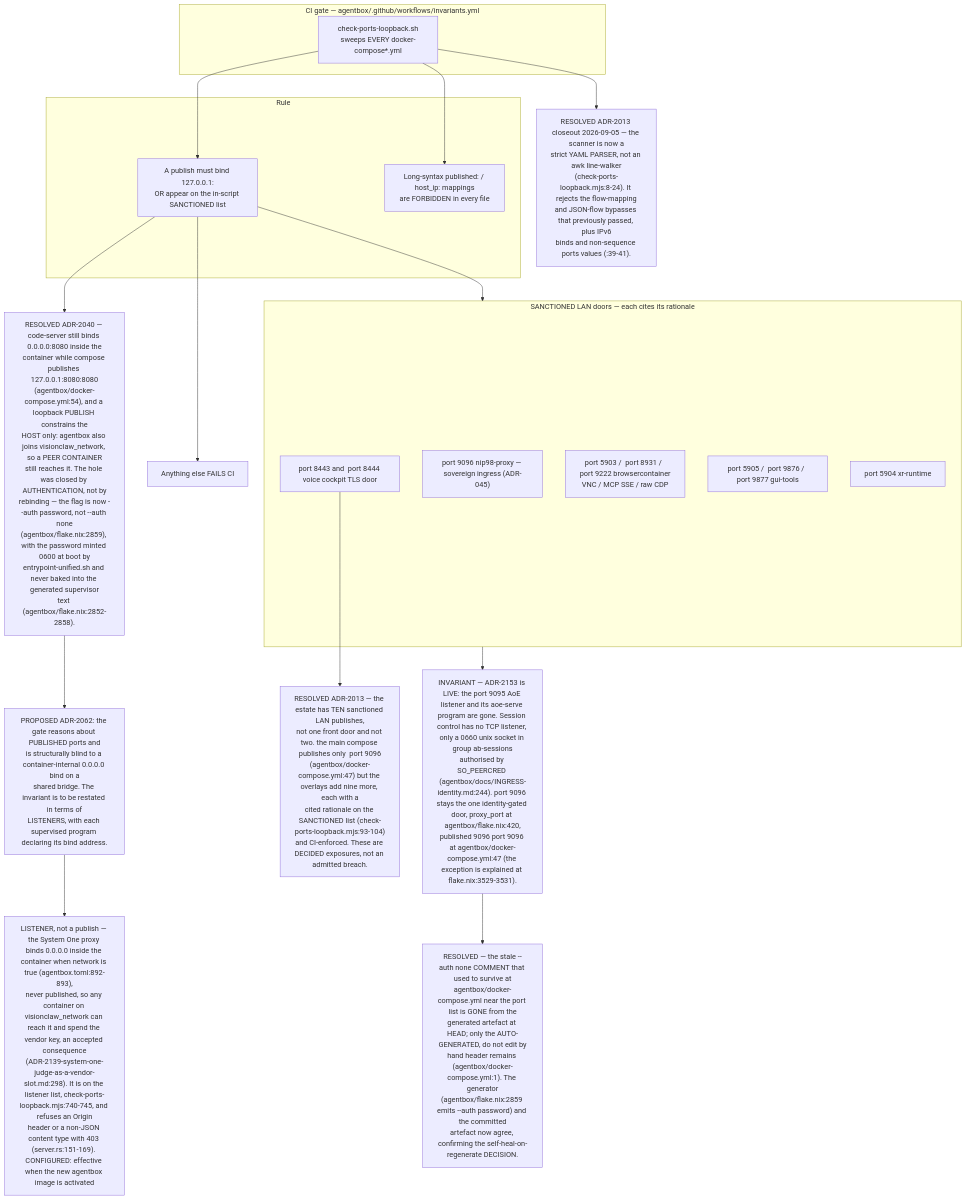
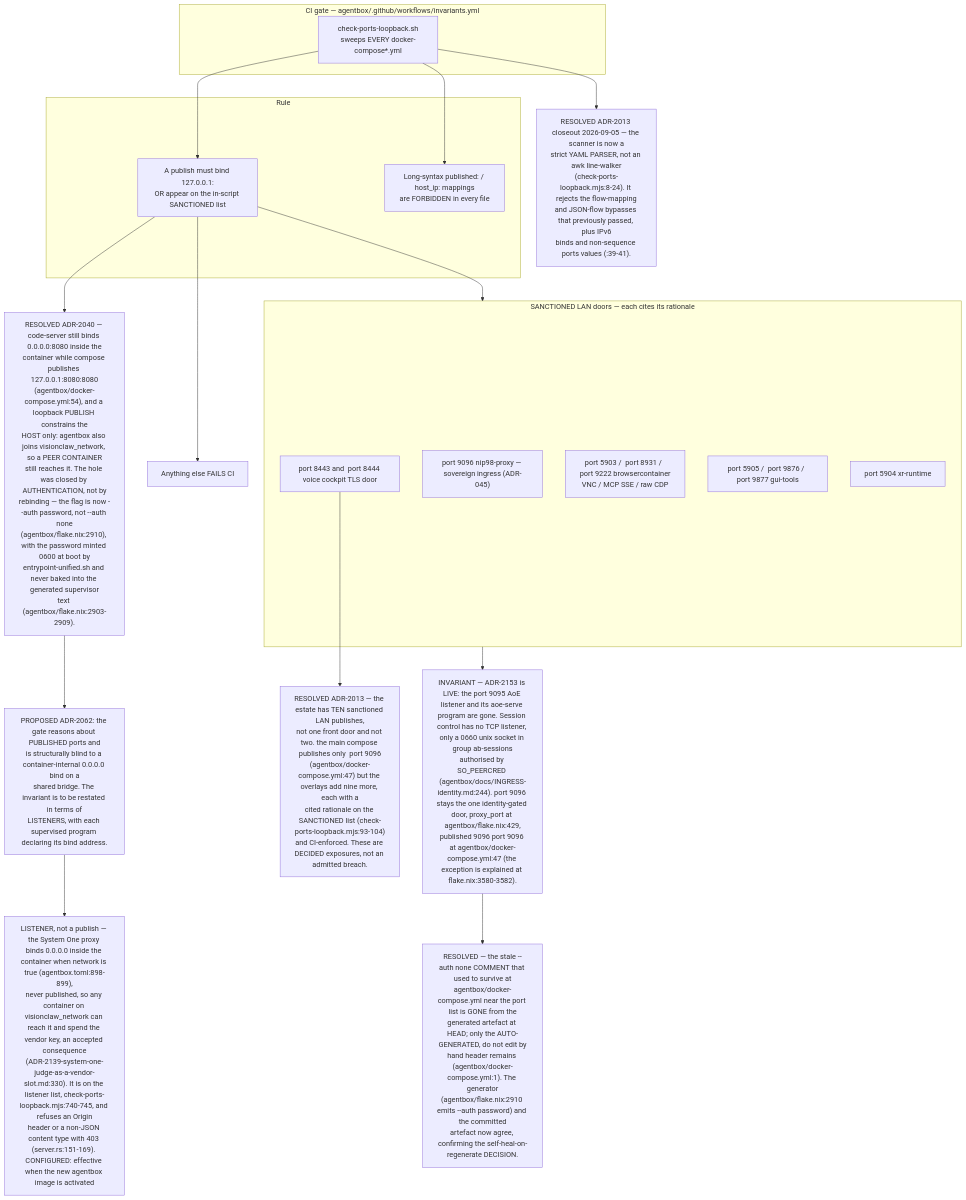
One commit to DreamLab-AI/VisionFlow changed the eighth of 11 diagrams in docs/diagrams/estate/10-deployment-and-security-profiles.md. Above: the diagram before and after it, drawn with Mermaid. The commit also changed other lines of this file and 49 other files, not shown here.

First line of the commit message:
docs(diagrams): re-derive and re-stamp VisionClaw, estate, knowledge-graph, visionGraph, VisionFlow and sidestr topics

````diff
--- a/docs/diagrams/estate/10-deployment-and-security-profiles.md
+++ b/docs/diagrams/estate/10-deployment-and-security-profiles.md
@@ -330,38 +330,38 @@
 ```mermaid
 flowchart TB
     subgraph ci["CI gate — agentbox/.github/workflows/invariants.yml"]
         SC["check-ports-loopback.sh<br/>sweeps EVERY docker-compose*.yml"]
     end
     subgraph rule["Rule"]
         R1["A publish must bind 127.0.0.1:<br/>OR appear on the in-script SANCTIONED list"]
         R2["Long-syntax published: / host_ip: mappings<br/>are FORBIDDEN in every file"]
     end
     subgraph sanctioned["SANCTIONED LAN doors — each cites its rationale"]
         P1[" port 9096 nip98-proxy — sovereign ingress (ADR-045)"]
         P2[" port 8443 and  port 8444 voice cockpit TLS door"]
         P3[" port 5903 /  port 8931 /  port 9222 browsercontainer<br/>VNC / MCP SSE / raw CDP"]
         P4[" port 5905 /  port 9876 /  port 9877 gui-tools"]
         P5[" port 5904 xr-runtime"]
     end
     FAIL["Anything else FAILS CI"]
-    INV["INVARIANT — ADR-2153 is LIVE: the port 9095 AoE listener and its aoe-serve program are gone. Session control has no TCP listener, only a 0660 unix socket in group ab-sessions<br/>authorised by SO_PEERCRED (agentbox/docs/INGRESS-identity.md:244). port 9096 stays the one identity-gated door, proxy_port at agentbox/flake.nix:420,<br/>published 9096 port 9096 at agentbox/docker-compose.yml:47 (the exception is explained at flake.nix:3529-3531)."]
+    INV["INVARIANT — ADR-2153 is LIVE: the port 9095 AoE listener and its aoe-serve program are gone. Session control has no TCP listener, only a 0660 unix socket in group ab-sessions<br/>authorised by SO_PEERCRED (agentbox/docs/INGRESS-identity.md:244). port 9096 stays the one identity-gated door, proxy_port at agentbox/flake.nix:429,<br/>published 9096 port 9096 at agentbox/docker-compose.yml:47 (the exception is explained at flake.nix:3580-3582)."]
     D1["RESOLVED ADR-2013 — the estate has TEN sanctioned LAN publishes,<br/>not one front door and not two. the main compose publishes only  port 9096<br/>(agentbox/docker-compose.yml:47) but the overlays add nine more, each with a<br/>cited rationale on the SANCTIONED list (check-ports-loopback.mjs:93-104)<br/>and CI-enforced. These are DECIDED exposures, not an admitted breach."]
     D2["RESOLVED ADR-2013 closeout 2026-09-05 — the scanner is now a<br/>strict YAML PARSER, not an awk line-walker<br/>(check-ports-loopback.mjs:8-24). It rejects the flow-mapping<br/>and JSON-flow bypasses that previously passed, plus IPv6<br/>binds and non-sequence ports values (:39-41)."]
-    D3["RESOLVED ADR-2040 — code-server still binds 0.0.0.0:8080 inside the<br/>container while compose publishes 127.0.0.1:8080:8080<br/>(agentbox/docker-compose.yml:54), and a loopback PUBLISH constrains the<br/>HOST only: agentbox also joins visionclaw_network, so a PEER CONTAINER<br/>still reaches it. The hole was closed by AUTHENTICATION, not by<br/>rebinding — the flag is now --auth password, not --auth none<br/>(agentbox/flake.nix:2859), with the password minted 0600 at boot by<br/>entrypoint-unified.sh and never baked into the generated supervisor<br/>text (agentbox/flake.nix:2852-2858)."]
+    D3["RESOLVED ADR-2040 — code-server still binds 0.0.0.0:8080 inside the<br/>container while compose publishes 127.0.0.1:8080:8080<br/>(agentbox/docker-compose.yml:54), and a loopback PUBLISH constrains the<br/>HOST only: agentbox also joins visionclaw_network, so a PEER CONTAINER<br/>still reaches it. The hole was closed by AUTHENTICATION, not by<br/>rebinding — the flag is now --auth password, not --auth none<br/>(agentbox/flake.nix:2910), with the password minted 0600 at boot by<br/>entrypoint-unified.sh and never baked into the generated supervisor<br/>text (agentbox/flake.nix:2903-2909)."]
     D5["PROPOSED ADR-2062: the gate reasons about PUBLISHED ports and<br/>is structurally blind to a container-internal 0.0.0.0 bind on a<br/>shared bridge. The invariant is to be restated in terms of<br/>LISTENERS, with each supervised program declaring its bind address."]
-    D4["RESOLVED — the stale --auth none COMMENT that used to survive at<br/>agentbox/docker-compose.yml near the port list is GONE from the<br/>generated artefact at HEAD; only the AUTO-GENERATED, do not edit by<br/>hand header remains (agentbox/docker-compose.yml:1). The generator<br/>(agentbox/flake.nix:2859 emits --auth password) and the committed<br/>artefact now agree, confirming the self-heal-on-regenerate DECISION."]
+    D4["RESOLVED — the stale --auth none COMMENT that used to survive at<br/>agentbox/docker-compose.yml near the port list is GONE from the<br/>generated artefact at HEAD; only the AUTO-GENERATED, do not edit by<br/>hand header remains (agentbox/docker-compose.yml:1). The generator<br/>(agentbox/flake.nix:2910 emits --auth password) and the committed<br/>artefact now agree, confirming the self-heal-on-regenerate DECISION."]
 
-    D6["LISTENER, not a publish — the System One proxy binds 0.0.0.0 inside the container when network is true (agentbox.toml:892-893),<br/>never published, so any container on visionclaw_network can reach it and spend the vendor key, an accepted consequence<br/>(ADR-2139-system-one-judge-as-a-vendor-slot.md:298). It is on the listener list, check-ports-loopback.mjs:740-745, and refuses an Origin<br/>header or a non-JSON content type with 403 (server.rs:151-169). CONFIGURED: effective when the new agentbox image is activated"]
+    D6["LISTENER, not a publish — the System One proxy binds 0.0.0.0 inside the container when network is true (agentbox.toml:898-899),<br/>never published, so any container on visionclaw_network can reach it and spend the vendor key, an accepted consequence<br/>(ADR-2139-system-one-judge-as-a-vendor-slot.md:330). It is on the listener list, check-ports-loopback.mjs:740-745, and refuses an Origin<br/>header or a non-JSON content type with 403 (server.rs:151-169). CONFIGURED: effective when the new agentbox image is activated"]
 
     SC --> R1
     SC --> R2
     R1 --> sanctioned
     R1 --> FAIL
     sanctioned --> INV
     P2 --> D1
     SC --> D2
     R1 --> D3
     INV --> D4
     D3 --> D5
     D5 --> D6
 ```
````
